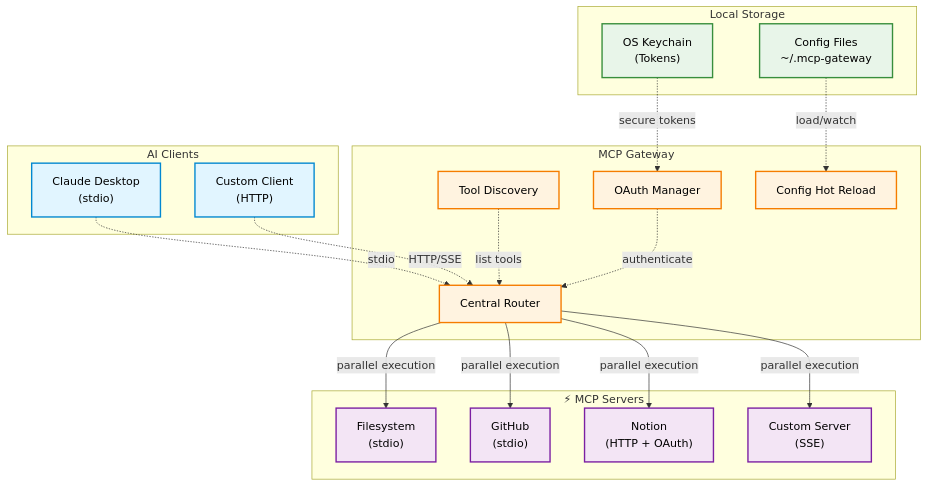
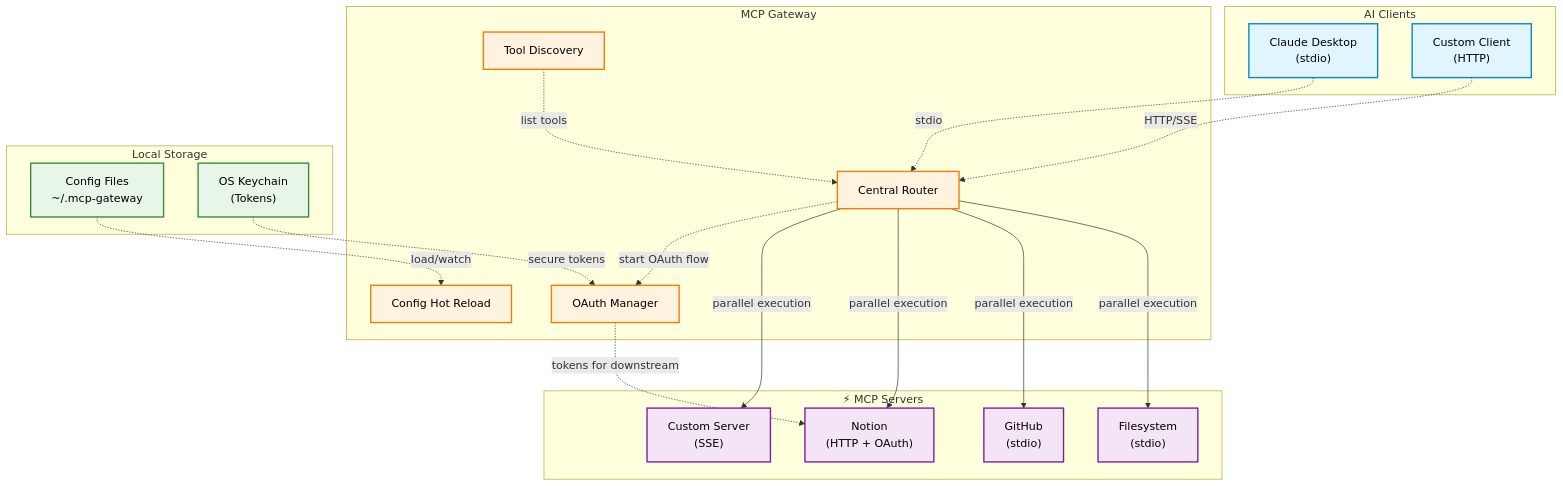
Before and after one commit to sting8k/mcp-gateway: the diagram in README.md, drawn with Mermaid.

````diff
--- a/README.md
+++ b/README.md
@@ -9,50 +9,51 @@
 ```mermaid
 flowchart TB
   subgraph Clients["AI Clients"]
     CLI["Claude Desktop<br/>(stdio)"]
     HTTP["Custom Client<br/>(HTTP)"]
   end
 
   subgraph Gateway["MCP Gateway"]
     Router["Central Router"]
     Discovery["Tool Discovery"]
     Auth["OAuth Manager"]
     Cache["Config Hot Reload"]
   end
 
   subgraph Storage["Local Storage"]
     Config["Config Files<br/>~/.mcp-gateway"]
     Keychain["OS Keychain<br/>(Tokens)"]
   end
 
   subgraph MCPServers["⚡ MCP Servers"]
     FS["Filesystem<br/>(stdio)"]
     GH["GitHub<br/>(stdio)"]
     Notion["Notion<br/>(HTTP + OAuth)"]
     Custom["Custom Server<br/>(SSE)"]
   end
 
   CLI -.->|stdio| Router
   HTTP -.->|HTTP/SSE| Router
   
   Router -->|parallel execution| FS
   Router -->|parallel execution| GH
   Router -->|parallel execution| Notion
   Router -->|parallel execution| Custom
   
   Config -.->|load/watch| Cache
   Keychain -.->|secure tokens| Auth
   
   Discovery -.->|list tools| Router
-  Auth -.->|authenticate| Router
+  Router -.->|start OAuth flow| Auth
+  Auth -.->|tokens for downstream| Notion
 
   classDef clientStyle fill:#e1f5ff,stroke:#0288d1,stroke-width:2px,color:#000000
   classDef gatewayStyle fill:#fff3e0,stroke:#f57c00,stroke-width:2px,color:#000000
   classDef serverStyle fill:#f3e5f5,stroke:#7b1fa2,stroke-width:2px,color:#000000
   classDef storageStyle fill:#e8f5e9,stroke:#388e3c,stroke-width:2px,color:#000000
   
   class CLI,HTTP clientStyle
   class Router,Discovery,Auth,Cache gatewayStyle
   class FS,GH,Notion,Custom serverStyle
   class Config,Keychain storageStyle
 ```
````
